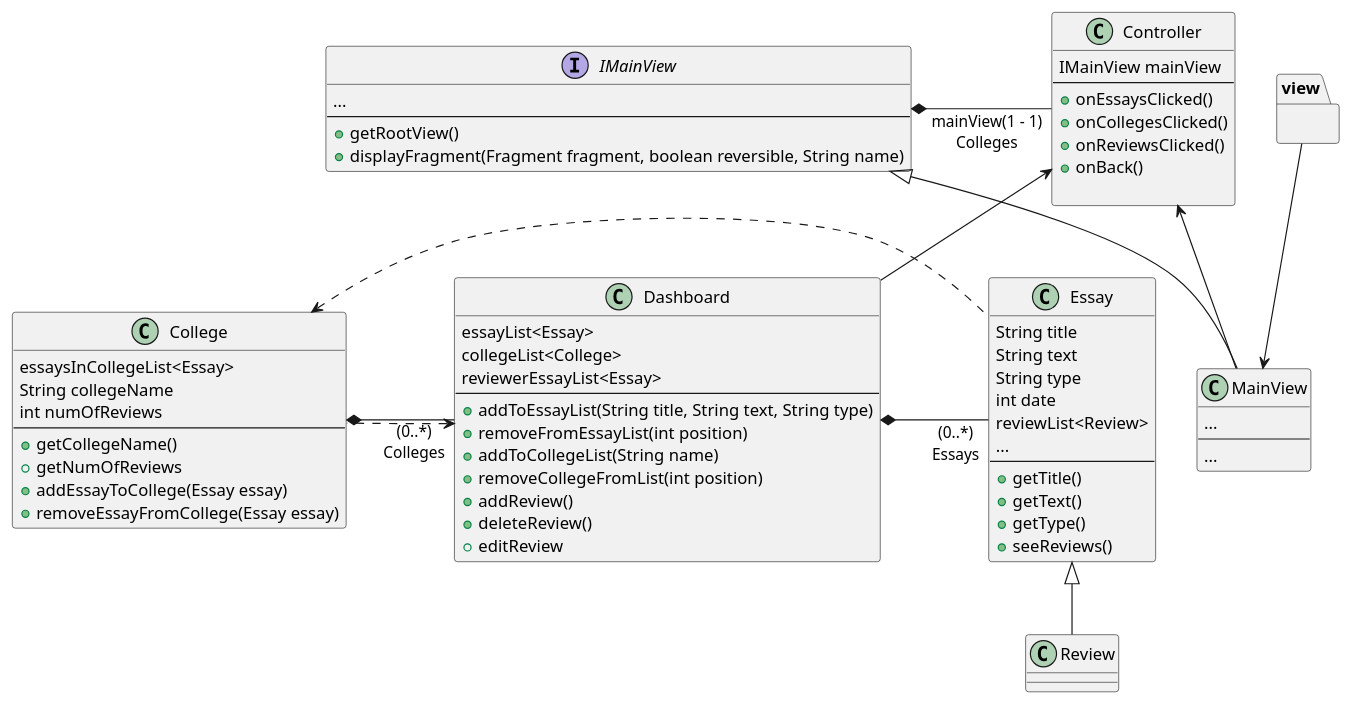
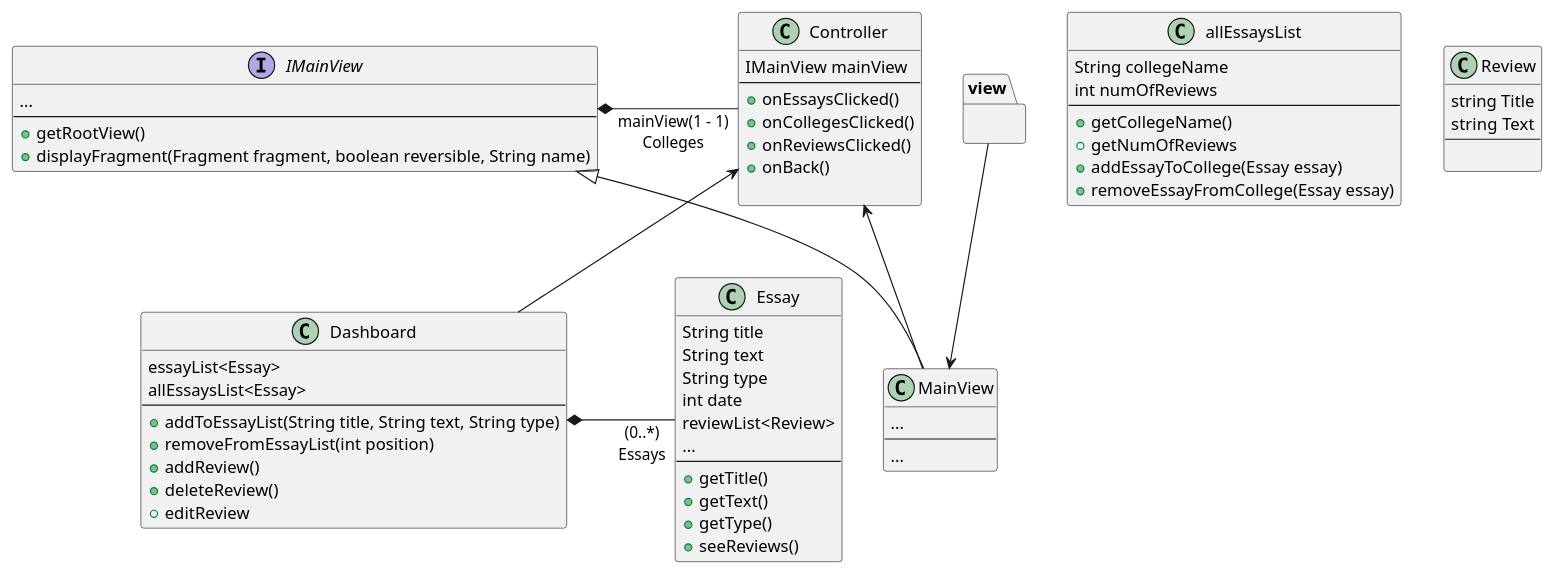
One commit to jlederer33/Essay-Review-App changed the fourth of 5 diagrams in intellij/doc/design.md. Above: the diagram before and after it, drawn with PlantUML. The commit also changed other lines of this file, not shown here.

Commit message:
Made changes in the class diagram and removed some stuff.

```diff
--- a/intellij/doc/design.md
+++ b/intellij/doc/design.md
@@ -99,13 +65,10 @@
 
 class Dashboard{
 essayList<Essay>
-collegeList<College>
-reviewerEssayList<Essay>
+allEssaysList<Essay>
 --
 +addToEssayList(String title, String text, String type)
 +removeFromEssayList(int position)
-+addToCollegeList(String name)
-+removeCollegeFromList(int position)
 +addReview()
 +deleteReview()
 +editReview
@@ -120,8 +83,7 @@
 +onBack()
 
 }
-class College{
-essaysInCollegeList<Essay>
+class allEssaysList{
 String collegeName
 int numOfReviews
 --
@@ -131,7 +93,11 @@
 +removeEssayFromCollege(Essay essay)
 }
 
-class Review extends Essay{
+class Review{
+string Title
+string Text
+--
+
 }
 
 Interface IMainView{
@@ -156,11 +122,8 @@
 Controller <-- MainView
 View --> MainView
 IMainView <|-- MainView
-College <. Essay
 Controller <-- Dashboard
-Dashboard <. College
 
-College *- "(0..*)\nColleges" Dashboard : \t\t
 Dashboard *- "(0..*)\nEssays" Essay: \t\t
 IMainView *- "mainView(1 - 1)\nColleges" Controller : \t\t\t
 
```
